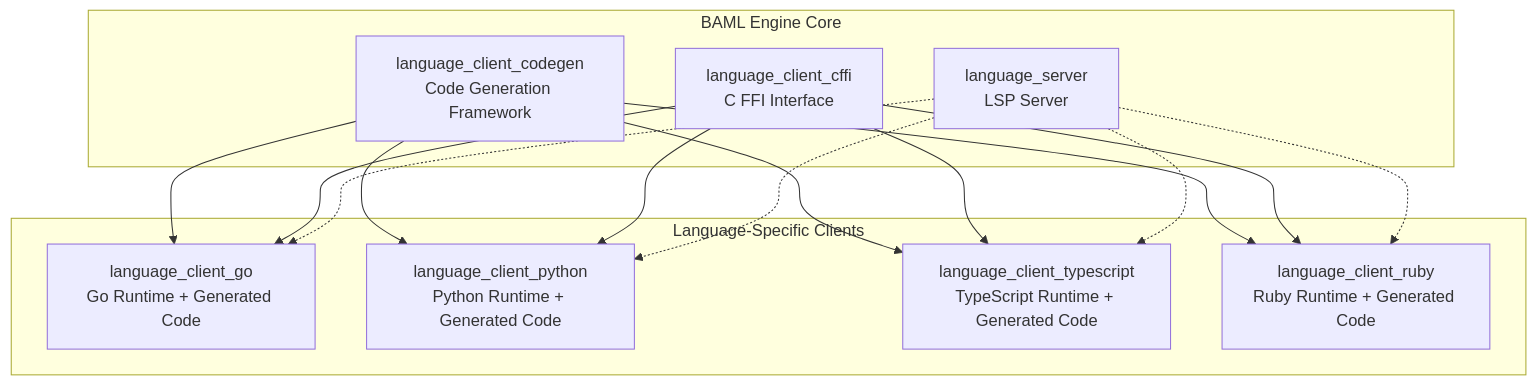
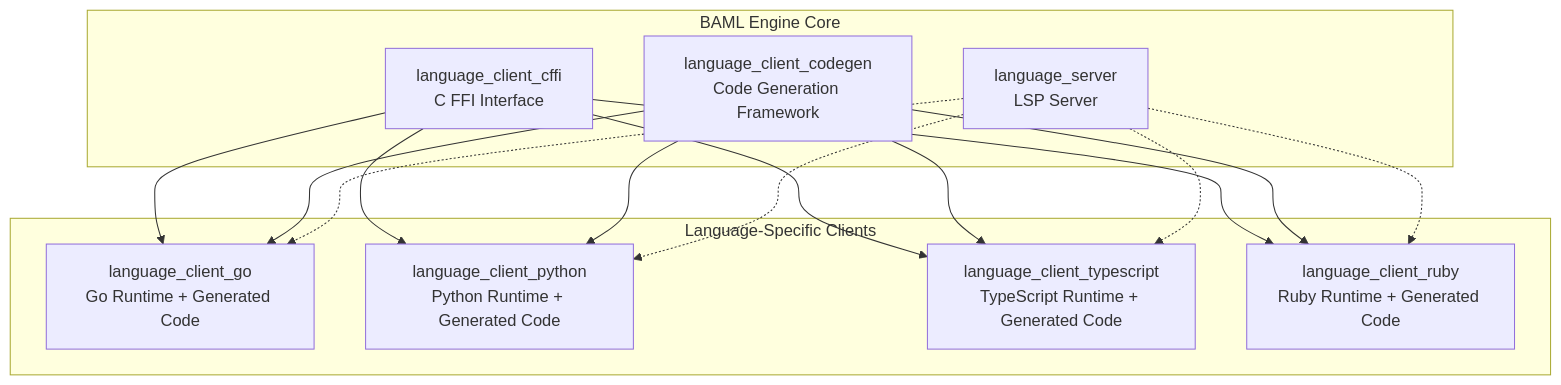
Before and after one commit to quencs/baml: the first of 3 diagrams in BAML-RUST.md, drawn with Mermaid. The commit also changed 17 other files, not shown here.

````diff
--- a/BAML-RUST.md
+++ b/BAML-RUST.md
@@ -44,30 +44,30 @@
 ```mermaid
 graph TB
     subgraph "BAML Engine Core"
         Codegen[language_client_codegen<br/>Code Generation Framework]
         CFFI[language_client_cffi<br/>C FFI Interface]
         Server[language_server<br/>LSP Server]
     end
     
     subgraph "Language-Specific Clients"
         Go[language_client_go<br/>Go Runtime + Generated Code]
         Python[language_client_python<br/>Python Runtime + Generated Code]
         TS[language_client_typescript<br/>TypeScript Runtime + Generated Code]
         Ruby[language_client_ruby<br/>Ruby Runtime + Generated Code]
     end
 
+    CFFI --> Go
+    CFFI --> Python  
+    CFFI --> TS
+    CFFI --> Ruby
+
     Codegen --> Go
     Codegen --> Python
     Codegen --> TS
     Codegen --> Ruby
-    
-    CFFI --> Go
-    CFFI --> Python  
-    CFFI --> TS
-    CFFI --> Ruby
     
     Server -.-> Go
     Server -.-> Python
     Server -.-> TS
     Server -.-> Ruby
 ```
````
